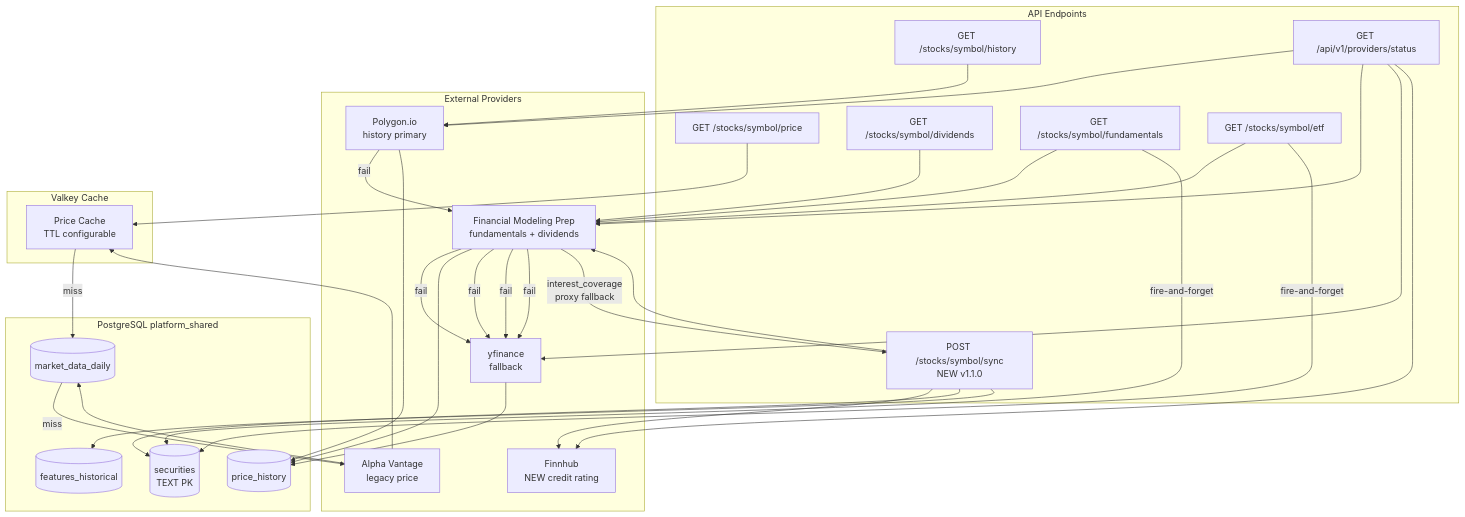
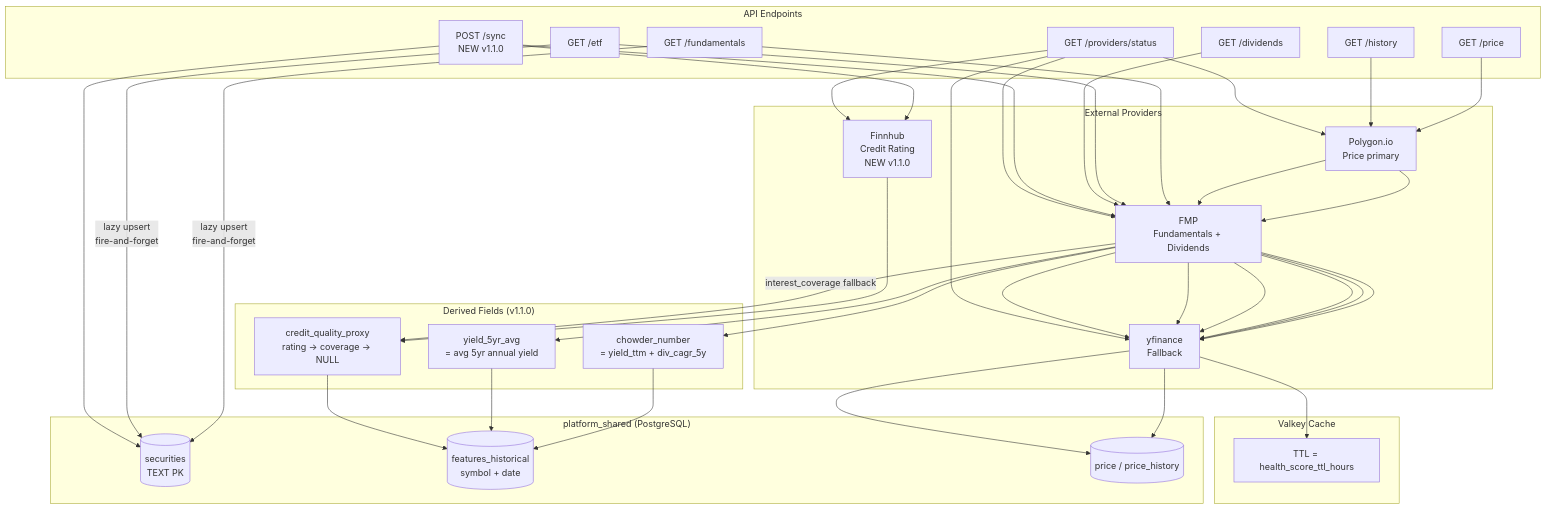
One commit to AlbertoDBP/Agentic changed the diagram in income-platform/documentation/diagrams/agent-01-provider-flow.mmd. Above: the diagram before and after it, drawn with Mermaid. The commit also changed 14 other files, not shown here.

First line of the commit message:
feat(agent-03): v1.1.0 - Amendment A2 Chowder Number signal

```diff
--- a/income-platform/documentation/diagrams/agent-01-provider-flow.mmd
+++ b/income-platform/documentation/diagrams/agent-01-provider-flow.mmd
@@ -1,59 +1,51 @@
 flowchart TD
     subgraph Endpoints["API Endpoints"]
-        EP1[GET /stocks/symbol/price]
-        EP2[GET /stocks/symbol/history]
-        EP3[GET /stocks/symbol/dividends]
-        EP4[GET /stocks/symbol/fundamentals]
-        EP5[GET /stocks/symbol/etf]
-        EP6[POST /stocks/symbol/sync\nNEW v1.1.0]
-        EP7[GET /api/v1/providers/status]
+        EP1[GET /price]
+        EP2[GET /history]
+        EP3[GET /fundamentals]
+        EP4[GET /etf]
+        EP5[GET /dividends]
+        EP6[POST /sync\nNEW v1.1.0]
+        EP7[GET /providers/status]
     end
 
     subgraph Providers["External Providers"]
-        AV[Alpha Vantage\nlegacy price]
-        POLY[Polygon.io\nhistory primary]
-        FMP[Financial Modeling Prep\nfundamentals + dividends]
-        YF[yfinance\nfallback]
-        FINN[Finnhub\nNEW credit rating]
+        POL[Polygon.io\nPrice primary]
+        FMP[FMP\nFundamentals + Dividends]
+        YFI[yfinance\nFallback]
+        FIN[Finnhub\nCredit Rating\nNEW v1.1.0]
+    end
+
+    subgraph Compute["Derived Fields (v1.1.0)"]
+        CH[chowder_number\n= yield_ttm + div_cagr_5y]
+        Y5[yield_5yr_avg\n= avg 5yr annual yield]
+        CQ[credit_quality_proxy\nrating → coverage → NULL]
+    end
+
+    subgraph DB["platform_shared (PostgreSQL)"]
+        SEC[(securities\nTEXT PK)]
+        FH[(features_historical\nsymbol + date)]
+        PD[(price / price_history)]
     end
 
     subgraph Cache["Valkey Cache"]
-        VC[Price Cache\nTTL configurable]
+        VC[TTL = health_score_ttl_hours]
     end
 
-    subgraph DB["PostgreSQL platform_shared"]
-        SEC[(securities\nTEXT PK)]
-        FH[(features_historical)]
-        MDD[(market_data_daily)]
-        PH[(price_history)]
-    end
+    EP1 --> POL --> FMP --> YFI --> VC & PD
+    EP2 --> POL --> FMP --> YFI --> PD
+    EP3 --> FMP --> YFI
+    EP3 -->|lazy upsert\nfire-and-forget| SEC
+    EP4 --> FMP --> YFI
+    EP4 -->|lazy upsert\nfire-and-forget| SEC
+    EP5 --> FMP --> YFI
 
-    EP1 --> VC
-    VC -->|miss| MDD
-    MDD -->|miss| AV
-    AV --> MDD
-    AV --> VC
+    EP6 --> FMP --> YFI
+    EP6 --> FIN
+    FMP --> CH & Y5
+    FIN --> CQ
+    FMP -->|interest_coverage fallback| CQ
+    CH & Y5 & CQ --> FH
+    EP6 --> SEC
 
-    EP2 --> POLY
-    POLY -->|fail| FMP
-    FMP -->|fail| YF
-    POLY & FMP & YF --> PH
-
-    EP3 --> FMP
-    FMP -->|fail| YF
-
-    EP4 --> FMP
-    FMP -->|fail| YF
-    EP4 -->|fire-and-forget| SEC
-
-    EP5 --> FMP
-    FMP -->|fail| YF
-    EP5 -->|fire-and-forget| SEC
-
-    EP6 --> FMP
-    EP6 --> FINN
-    FMP -->|interest_coverage\nproxy fallback| EP6
-    EP6 --> SEC
-    EP6 --> FH
-
-    EP7 --> POLY & FMP & YF & FINN
+    EP7 --> POL & FMP & YFI & FIN
```
